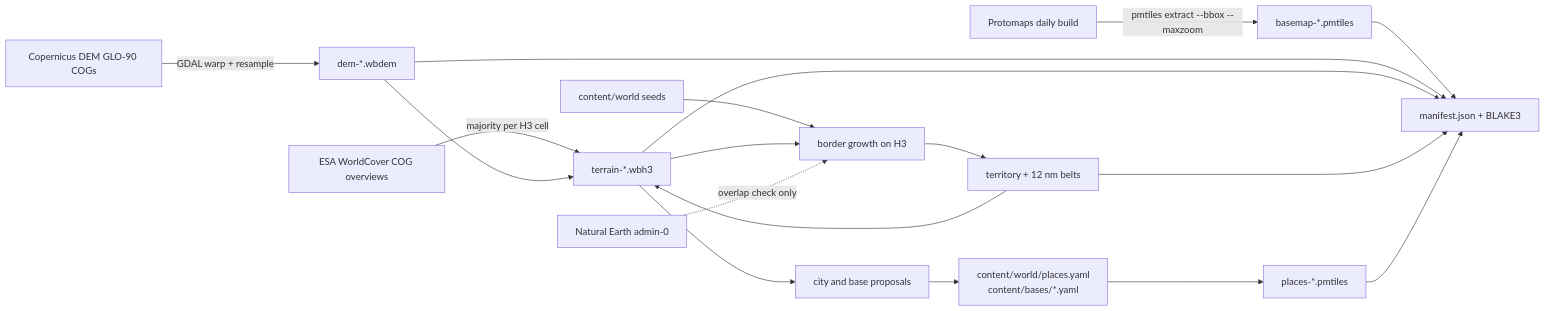
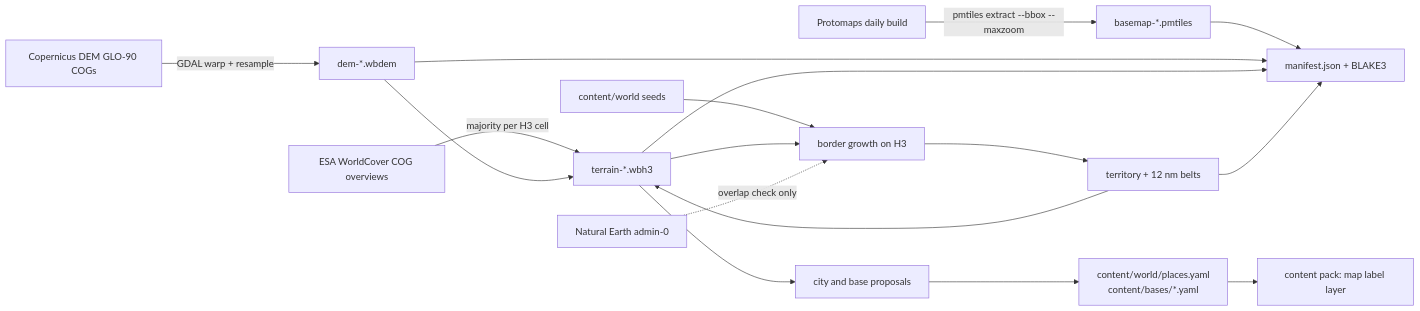
One commit to vinaymoger1836/warboard changed the diagram in docs/05-map-and-geodata.md. Above: the diagram before and after it, drawn with Mermaid. The commit also changed other lines of this file and 11 other files, not shown here.

````diff
--- a/docs/05-map-and-geodata.md
+++ b/docs/05-map-and-geodata.md
@@ -105,16 +105,16 @@
 ```mermaid
 flowchart LR
   PM[Protomaps daily build] -->|pmtiles extract --bbox --maxzoom| BM[basemap-*.pmtiles]
   CD[Copernicus DEM GLO-90 COGs] -->|GDAL warp + resample| DEM[dem-*.wbdem]
   WC[ESA WorldCover COG overviews] -->|majority per H3 cell| H3[terrain-*.wbh3]
   DEM --> H3
   SEEDS[content/world seeds] --> GROW[border growth on H3]
   H3 --> GROW
   NE[Natural Earth admin-0] -.->|overlap check only| GROW
   GROW --> TER[territory + 12 nm belts]
   TER --> H3
   H3 --> PROP[city and base proposals]
   PROP --> CW[content/world/places.yaml\ncontent/bases/*.yaml]
-  CW --> PL[places-*.pmtiles]
-  BM & DEM & H3 & TER & PL --> MAN[manifest.json + BLAKE3]
+  CW --> CP[content pack: map label layer]
+  BM & DEM & H3 & TER --> MAN[manifest.json + BLAKE3]
 ```
````
